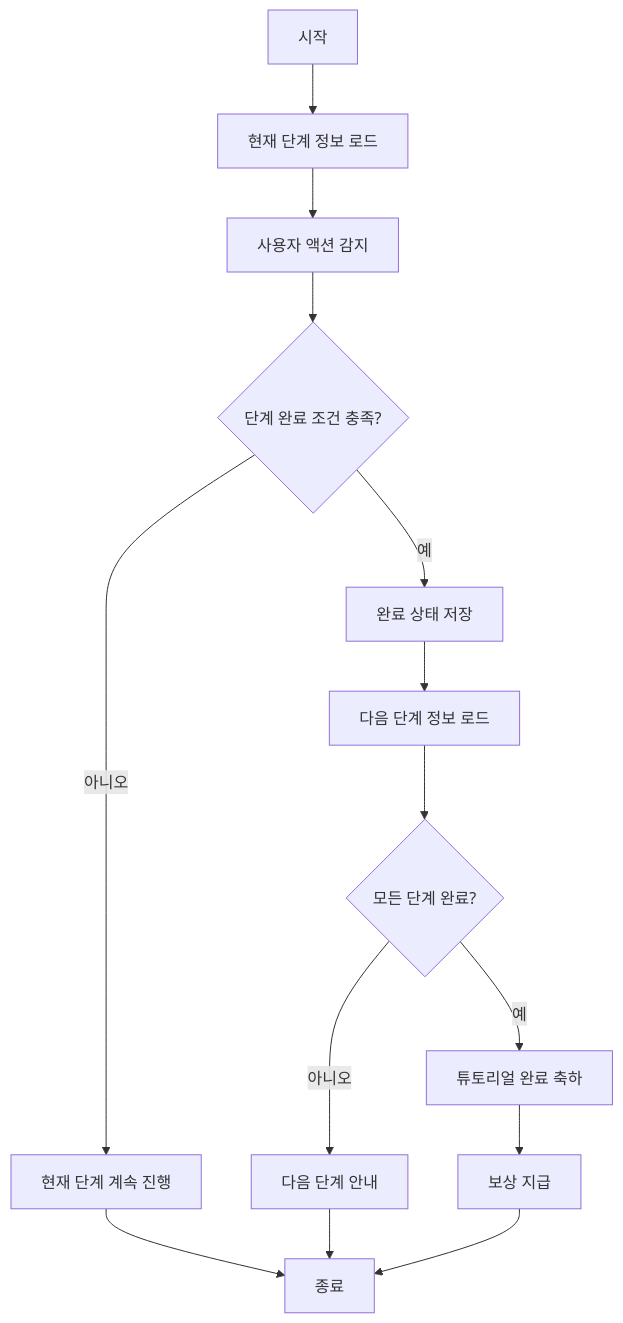
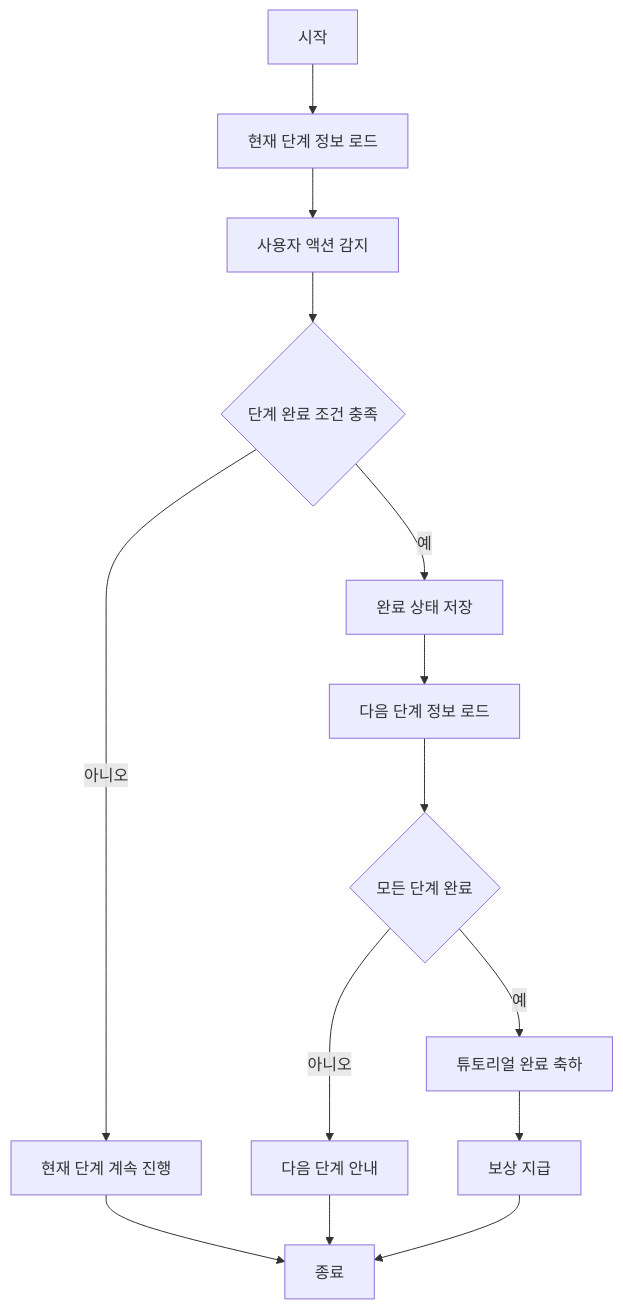
Before and after one commit to SKNETWORKS-FAMILY-AICAMP/SKN12-FINAL-2TEAM: diagram 21 of 31 in FRONTEND_UML_SPECIFICATION.md, drawn with Mermaid. The commit also changed other lines of this file, not shown here.

````diff
--- a/FRONTEND_UML_SPECIFICATION.md
+++ b/FRONTEND_UML_SPECIFICATION.md
@@ -836,16 +836,16 @@
 ```mermaid
 flowchart TD
     A[시작] --> B[현재 단계 정보 로드]
     B --> C[사용자 액션 감지]
-    C --> D{단계 완료 조건 충족?}
+    C --> D{단계 완료 조건 충족}
     D -->|예| E[완료 상태 저장]
     D -->|아니오| F[현재 단계 계속 진행]
     E --> G[다음 단계 정보 로드]
-    G --> H{모든 단계 완료?}
+    G --> H{모든 단계 완료}
     H -->|예| I[튜토리얼 완료 축하]
     H -->|아니오| J[다음 단계 안내]
     I --> K[보상 지급]
     F --> L[종료]
     J --> L
     K --> L
 ```
````
